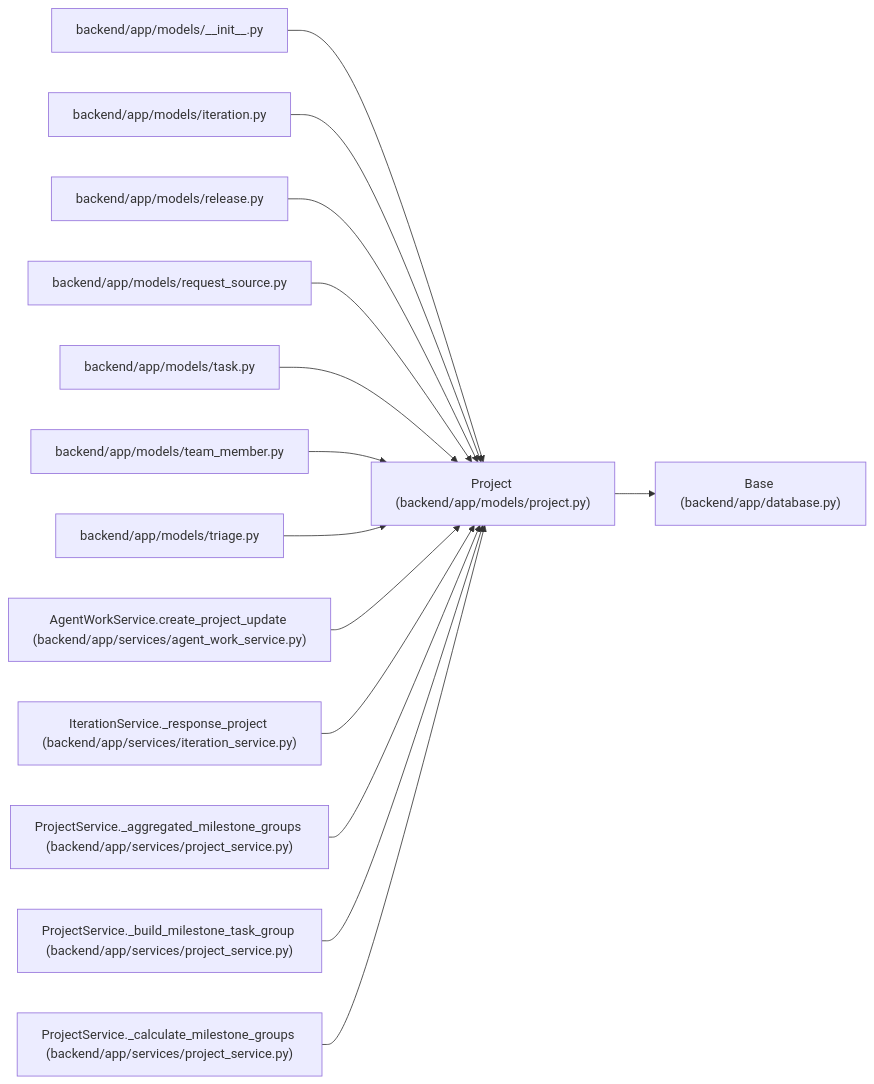
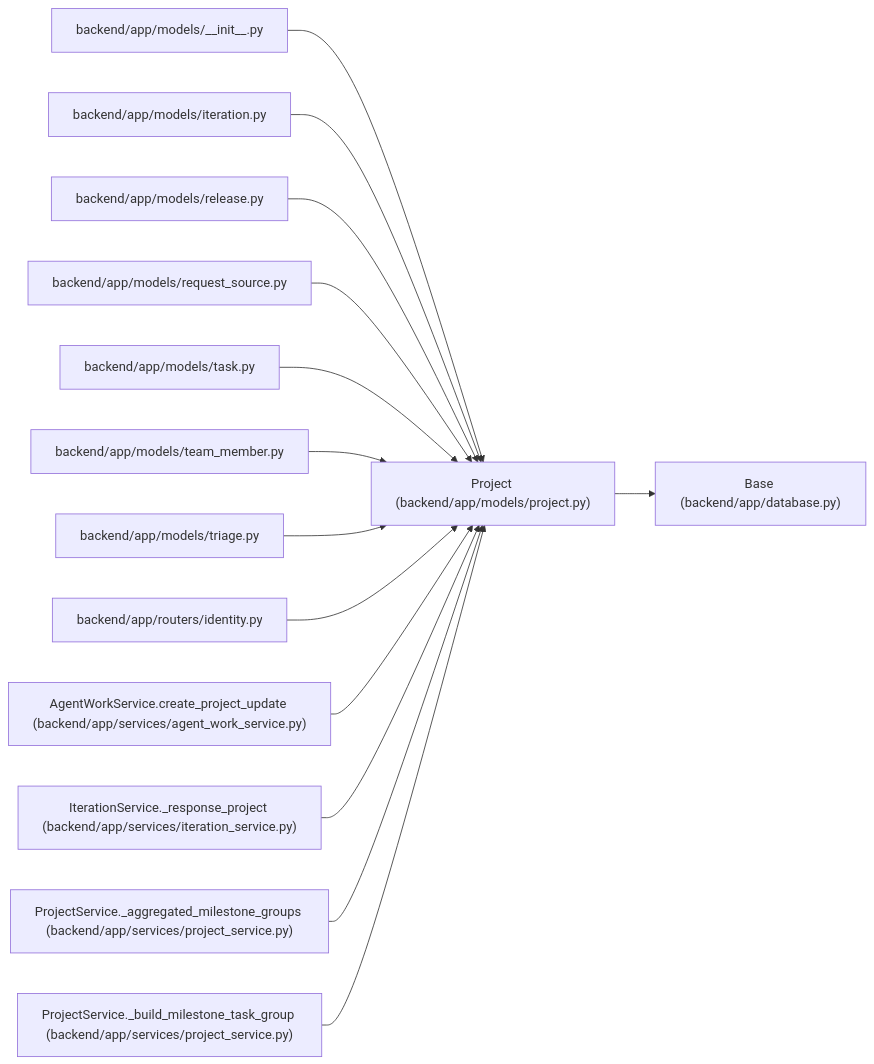
The diagram in docs/llm_wiki/entities/models_project_Project.md (Denissvgn/WorkChord), drawn with Mermaid before and after one commit. The commit also changed other lines of this file and 958 other files, not shown here.

First line of the commit message:
docs(wiki): refresh identity and recovery architecture

````diff
--- a/docs/llm_wiki/entities/models_project_Project.md
+++ b/docs/llm_wiki/entities/models_project_Project.md
@@ -47,44 +48,44 @@
 ```mermaid
 flowchart LR
     n0["Project (backend/app/models/project.py)"]
     n1["Base (backend/app/database.py)"]
     n2["backend/app/models/__init__.py"]
     n3["backend/app/models/iteration.py"]
     n4["backend/app/models/release.py"]
     n5["backend/app/models/request_source.py"]
     n6["backend/app/models/task.py"]
     n7["backend/app/models/team_member.py"]
     n8["backend/app/models/triage.py"]
-    n9["AgentWorkService.create_project_update (backend/app/services/agent_work_service.py)"]
-    n10["IterationService._response_project (backend/app/services/iteration_service.py)"]
-    n11["ProjectService._aggregated_milestone_groups (backend/app/services/project_service.py)"]
-    n12["ProjectService._build_milestone_task_group (backend/app/services/project_service.py)"]
-    n13["ProjectService._calculate_milestone_groups (backend/app/services/project_service.py)"]
+    n9["backend/app/routers/identity.py"]
+    n10["AgentWorkService.create_project_update (backend/app/services/agent_work_service.py)"]
+    n11["IterationService._response_project (backend/app/services/iteration_service.py)"]
+    n12["ProjectService._aggregated_milestone_groups (backend/app/services/project_service.py)"]
+    n13["ProjectService._build_milestone_task_group (backend/app/services/project_service.py)"]
     n0 --> n1
     n2 --> n0
     n3 --> n0
     n4 --> n0
     n5 --> n0
     n6 --> n0
     n7 --> n0
     n8 --> n0
     n9 --> n0
     n10 --> n0
     n11 --> n0
     n12 --> n0
     n13 --> n0
     click n0 "../modules/models_project.md"
     click n1 "../modules/app_database.md"
     click n2 "../modules/models___init__.md"
     click n3 "../modules/models_iteration.md"
     click n4 "../modules/models_release.md"
     click n5 "../modules/models_request_source.md"
     click n6 "../modules/models_task.md"
     click n7 "../modules/team_member.md"
     click n8 "../modules/models_triage.md"
-    click n9 "../modules/agent_work_service.md"
-    click n10 "../modules/iteration_service.md"
-    click n11 "../modules/project_service.md"
+    click n9 "../modules/routers_identity.md"
+    click n10 "../modules/agent_work_service.md"
+    click n11 "../modules/iteration_service.md"
     click n12 "../modules/project_service.md"
     click n13 "../modules/project_service.md"
 ```
````
